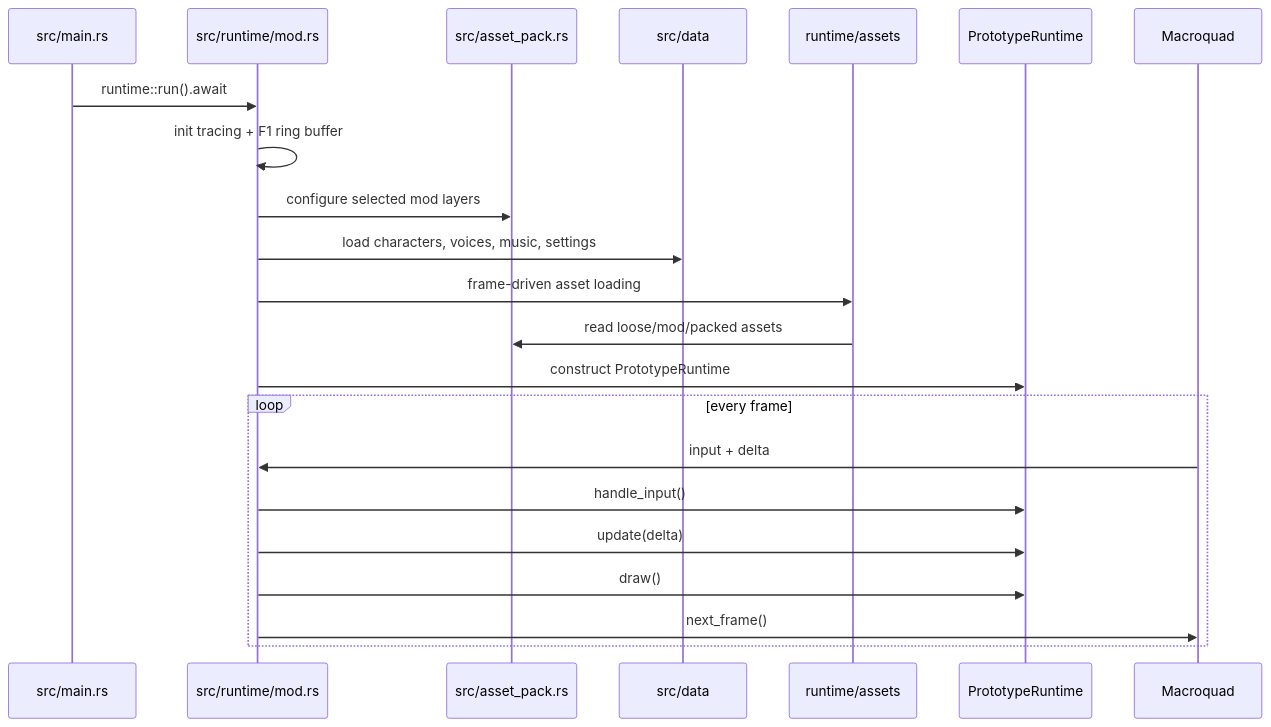
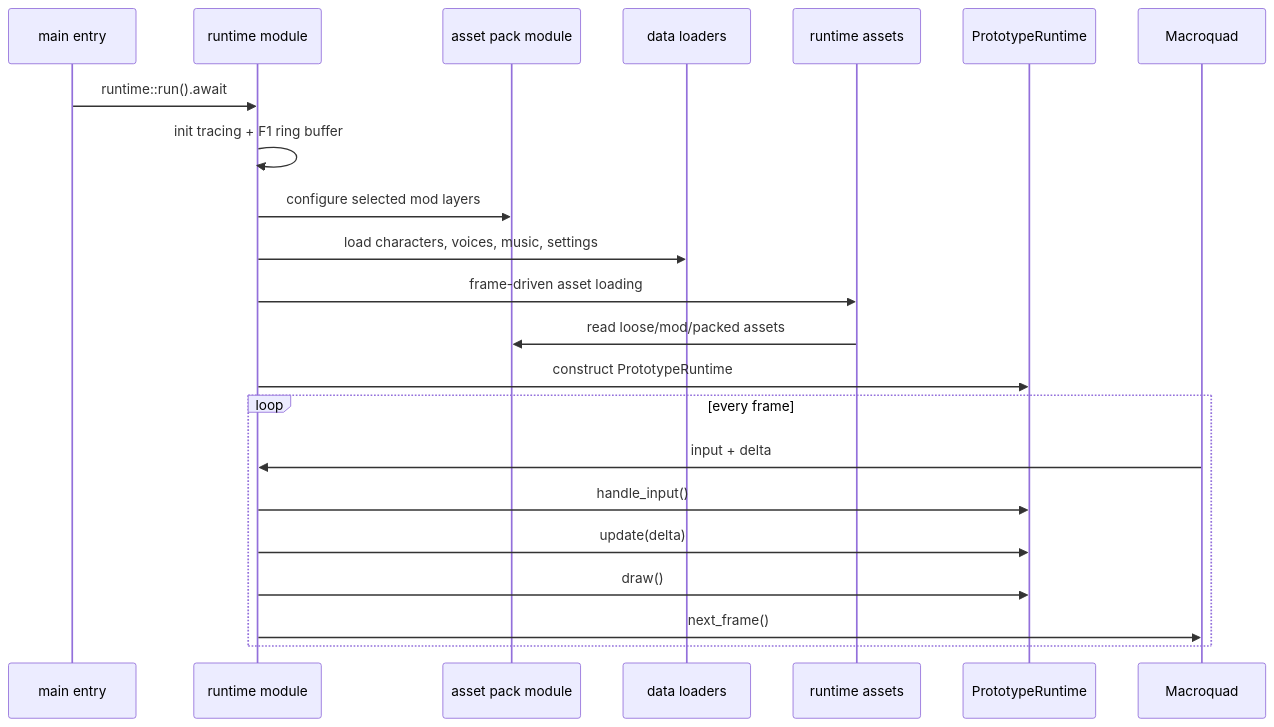
Before and after one commit to soulwax/EchoWiki: the first of 8 diagrams in src/content/docs/pages/architecture/inside-the-runtime.md, drawn with Mermaid. The commit also changed other lines of this file and 28 other files, not shown here.

Commit message:
docs: deepen architecture wiki and automate audits

````diff
--- a/src/content/docs/pages/architecture/inside-the-runtime.md
+++ b/src/content/docs/pages/architecture/inside-the-runtime.md
@@ -13,25 +15,25 @@
 ```mermaid
 sequenceDiagram
-    participant Main as src/main.rs
-    participant Runtime as src/runtime/mod.rs
-    participant Pack as src/asset_pack.rs
-    participant Data as src/data
-    participant Loader as runtime/assets
+    participant Main as main entry
+    participant Runtime as runtime module
+    participant Pack as asset pack module
+    participant Data as data loaders
+    participant Loader as runtime assets
     participant Game as PrototypeRuntime
     participant MQ as Macroquad
 
     Main->>Runtime: runtime::run().await
     Runtime->>Runtime: init tracing + F1 ring buffer
     Runtime->>Pack: configure selected mod layers
     Runtime->>Data: load characters, voices, music, settings
     Runtime->>Loader: frame-driven asset loading
     Loader->>Pack: read loose/mod/packed assets
     Runtime->>Game: construct PrototypeRuntime
     loop every frame
         MQ->>Runtime: input + delta
         Runtime->>Game: handle_input()
         Runtime->>Game: update(delta)
         Runtime->>Game: draw()
         Runtime->>MQ: next_frame()
     end
 ```
````
